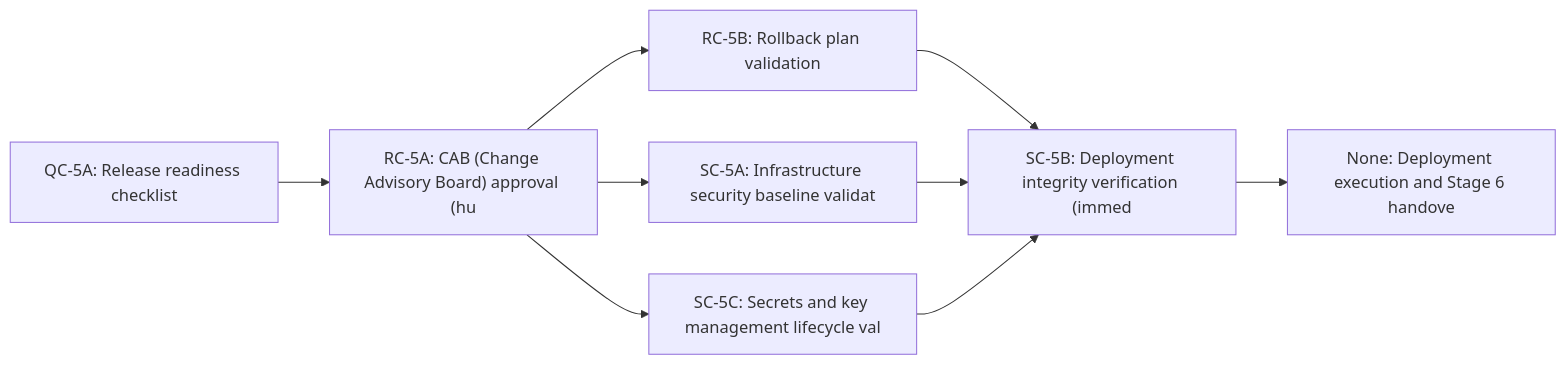
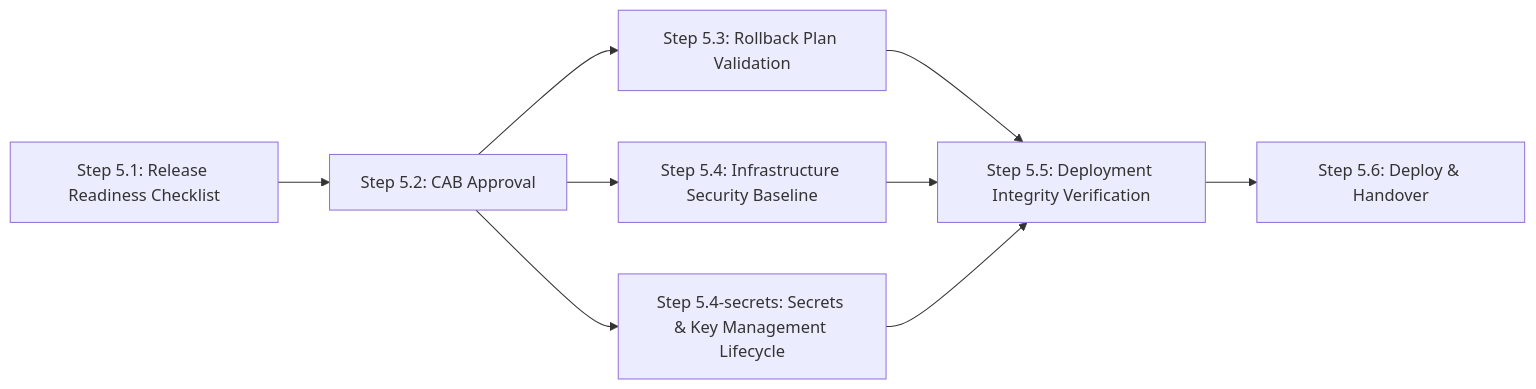
One commit to jvanheerikhuize/a-sdlc changed the diagram in stages/05-deployment-release/README.md. Above: the diagram before and after it, drawn with Mermaid. The commit also changed other lines of this file and 18 other files, not shown here.

First line of the commit message:
Base mermaid workflow diagrams on steps instead of controls

````diff
--- a/stages/05-deployment-release/README.md
+++ b/stages/05-deployment-release/README.md
@@ -44,18 +44,18 @@
 ```mermaid
 graph LR
-  n-qc5a["QC-5A: Release readiness checklist"]
-  n-rc5a["RC-5A: CAB (Change Advisory Board) approval (hu"]
-  n-rc5b["RC-5B: Rollback plan validation"]
-  n-sc5a["SC-5A: Infrastructure security baseline validat"]
-  n-sc5c["SC-5C: Secrets and key management lifecycle val"]
-  n-sc5b["SC-5B: Deployment integrity verification (immed"]
-  n-handover["None: Deployment execution and Stage 6 handove"]
+  n-qc5a["Step 5.1: Release Readiness Checklist"]
+  n-rc5a["Step 5.2: CAB Approval"]
+  n-rc5b["Step 5.3: Rollback Plan Validation"]
+  n-sc5a["Step 5.4: Infrastructure Security Baseline"]
+  n-sc5c["Step 5.4-secrets: Secrets & Key Management Lifecycle"]
+  n-sc5b["Step 5.5: Deployment Integrity Verification"]
+  n-handover["Step 5.6: Deploy & Handover"]
   n-qc5a --> n-rc5a
   n-rc5a --> n-rc5b
   n-rc5a --> n-sc5a
   n-rc5a --> n-sc5c
   n-rc5b --> n-sc5b
   n-sc5a --> n-sc5b
   n-sc5c --> n-sc5b
   n-sc5b --> n-handover
 ```
````
